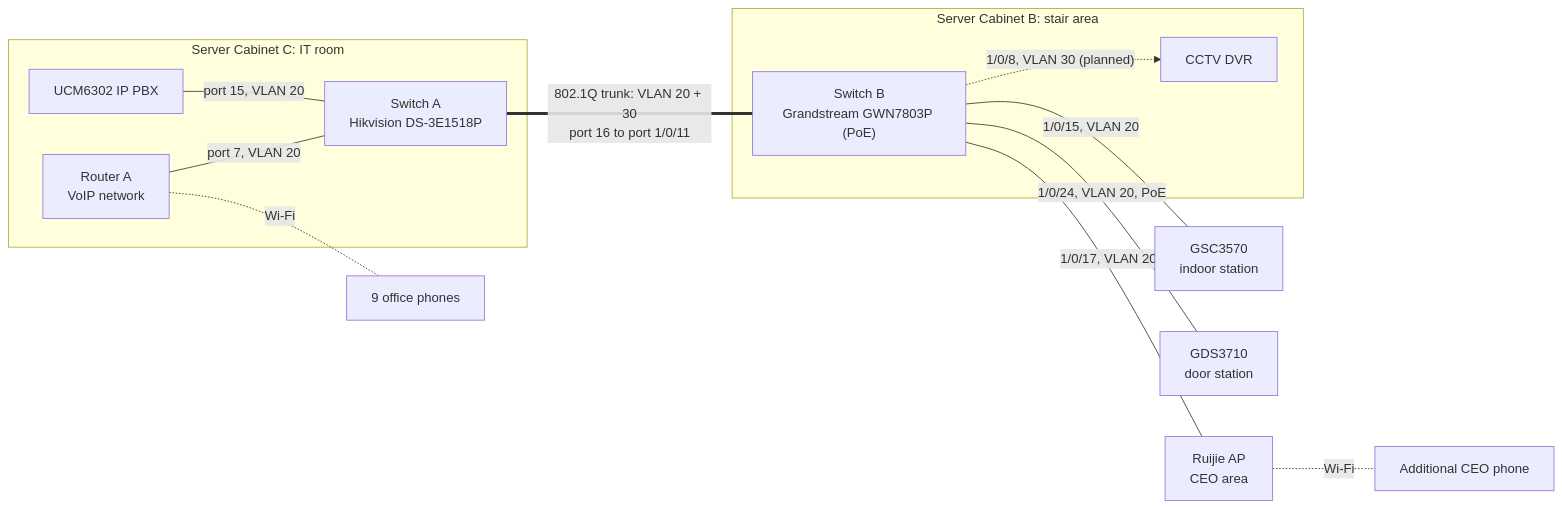
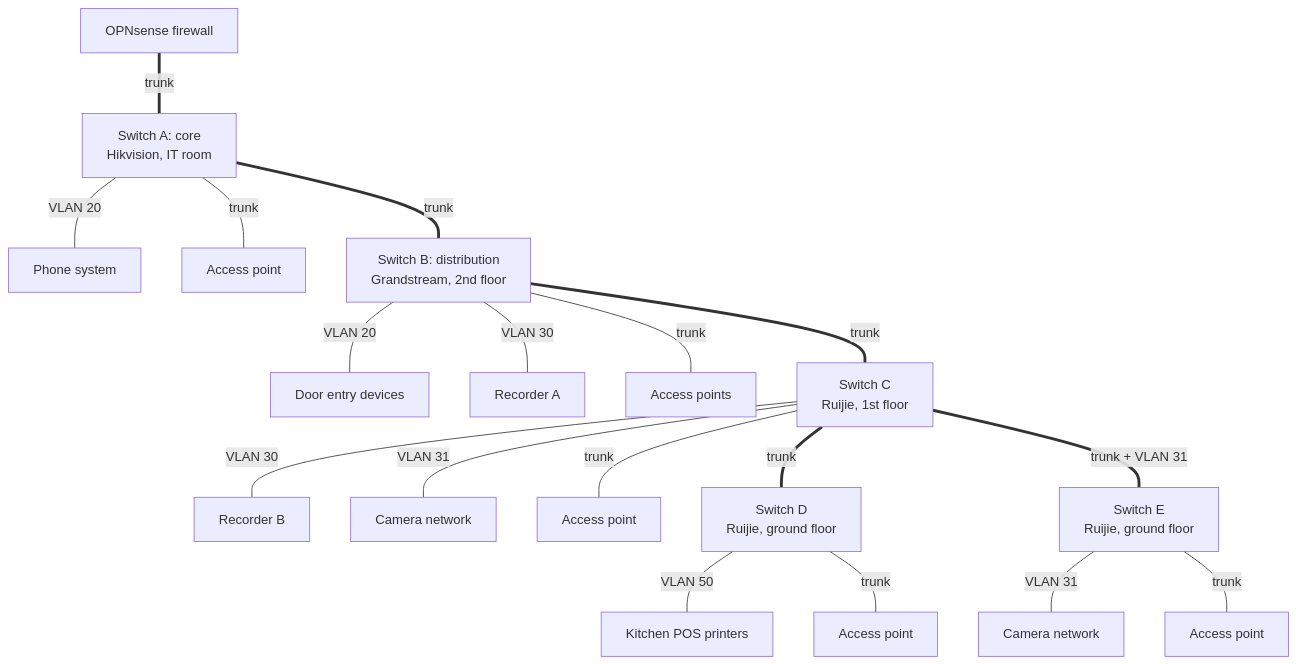
One commit to monir-IT/it-infrastructure-portfolio changed the diagram in 04-switching-and-vlans/README.md. Above: the diagram before and after it, drawn with Mermaid. The commit also changed other lines of this file and 5 other files, not shown here.

Commit message:
Add Phase Three: firewall, CCTV redesign, VLANs

````diff
--- a/04-switching-and-vlans/README.md
+++ b/04-switching-and-vlans/README.md
@@ -28,25 +33,20 @@
 ```mermaid
-flowchart LR
-    subgraph CABC["Server Cabinet C: IT room"]
-        UCM["UCM6302 IP PBX"]
-        RA["Router A<br/>VoIP network"]
-        SWA["Switch A<br/>Hikvision DS-3E1518P"]
-        UCM ---|"port 15, VLAN 20"| SWA
-        RA ---|"port 7, VLAN 20"| SWA
-    end
-
-    subgraph CABB["Server Cabinet B: stair area"]
-        SWB["Switch B<br/>Grandstream GWN7803P (PoE)"]
-        DVR["CCTV DVR"]
-    end
-
-    SWA ===|"802.1Q trunk: VLAN 20 + 30<br/>port 16 to port 1/0/11"| SWB
-
-    SWB ---|"1/0/15, VLAN 20"| GSC["GSC3570<br/>indoor station"]
-    SWB ---|"1/0/17, VLAN 20"| AP["Ruijie AP<br/>CEO area"]
-    SWB ---|"1/0/24, VLAN 20, PoE"| GDS["GDS3710<br/>door station"]
-    SWB -.->|"1/0/8, VLAN 30 (planned)"| DVR
-
-    RA -.Wi-Fi.- PH["9 office phones"]
-    AP -.Wi-Fi.- CEO["Additional CEO phone"]
+flowchart TB
+    FW["OPNsense firewall"] ===|"trunk"| SWA["Switch A: core<br/>Hikvision, IT room"]
+    SWA ---|"VLAN 20"| UCM["Phone system"]
+    SWA ---|"trunk"| AP1["Access point"]
+    SWA ===|"trunk"| SWB["Switch B: distribution<br/>Grandstream, 2nd floor"]
+    SWB ---|"VLAN 20"| DOOR["Door entry devices"]
+    SWB ---|"VLAN 30"| RA["Recorder A"]
+    SWB ---|"trunk"| AP2["Access points"]
+    SWB ===|"trunk"| SWC["Switch C<br/>Ruijie, 1st floor"]
+    SWC ---|"VLAN 30"| RB["Recorder B"]
+    SWC ---|"VLAN 31"| CAM1["Camera network"]
+    SWC ---|"trunk"| AP3["Access point"]
+    SWC ===|"trunk"| SWD["Switch D<br/>Ruijie, ground floor"]
+    SWC ===|"trunk + VLAN 31"| SWE["Switch E<br/>Ruijie, ground floor"]
+    SWD ---|"VLAN 50"| POS["Kitchen POS printers"]
+    SWD ---|"trunk"| AP4["Access point"]
+    SWE ---|"VLAN 31"| CAM2["Camera network"]
+    SWE ---|"trunk"| AP5["Access point"]
 ```
````
